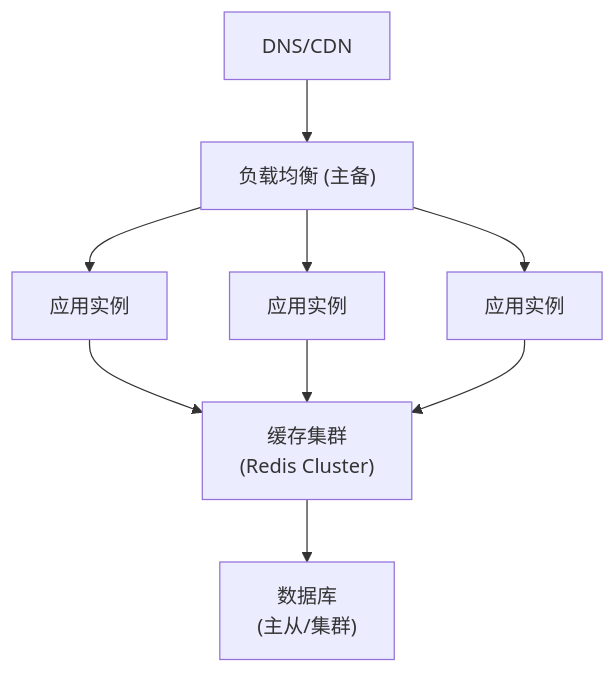
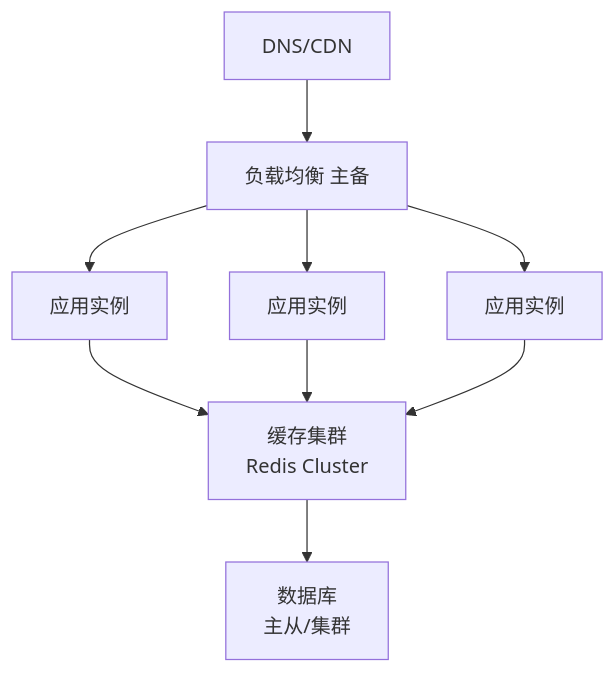
Before and after one commit to jpixy/jpixy.github.io: the diagram in content/articles/sre/sre-59-SRE面试题-系统设计与架构.md, drawn with Mermaid. The commit also changed other lines of this file and 66 other files, not shown here.

Commit message:
fix: resolve Mermaid syntax errors by removing parentheses in node labels

````diff
--- a/content/articles/sre/sre-59-SRE面试题-系统设计与架构.md
+++ b/content/articles/sre/sre-59-SRE面试题-系统设计与架构.md
@@ -57,19 +57,19 @@
 ```mermaid
 graph TB
     DNS["DNS/CDN"]
-    LB["负载均衡 (主备)"]
+    LB["负载均衡 主备"]
     App1["应用实例"]
     App2["应用实例"]
     App3["应用实例"]
-    Cache["缓存集群<br/>(Redis Cluster)"]
-    DB["数据库<br/>(主从/集群)"]
+    Cache["缓存集群<br/>Redis Cluster"]
+    DB["数据库<br/>主从/集群"]
     
     DNS --> LB
     LB --> App1
     LB --> App2
     LB --> App3
     App1 --> Cache
     App2 --> Cache
     App3 --> Cache
     Cache --> DB
 ```
````
